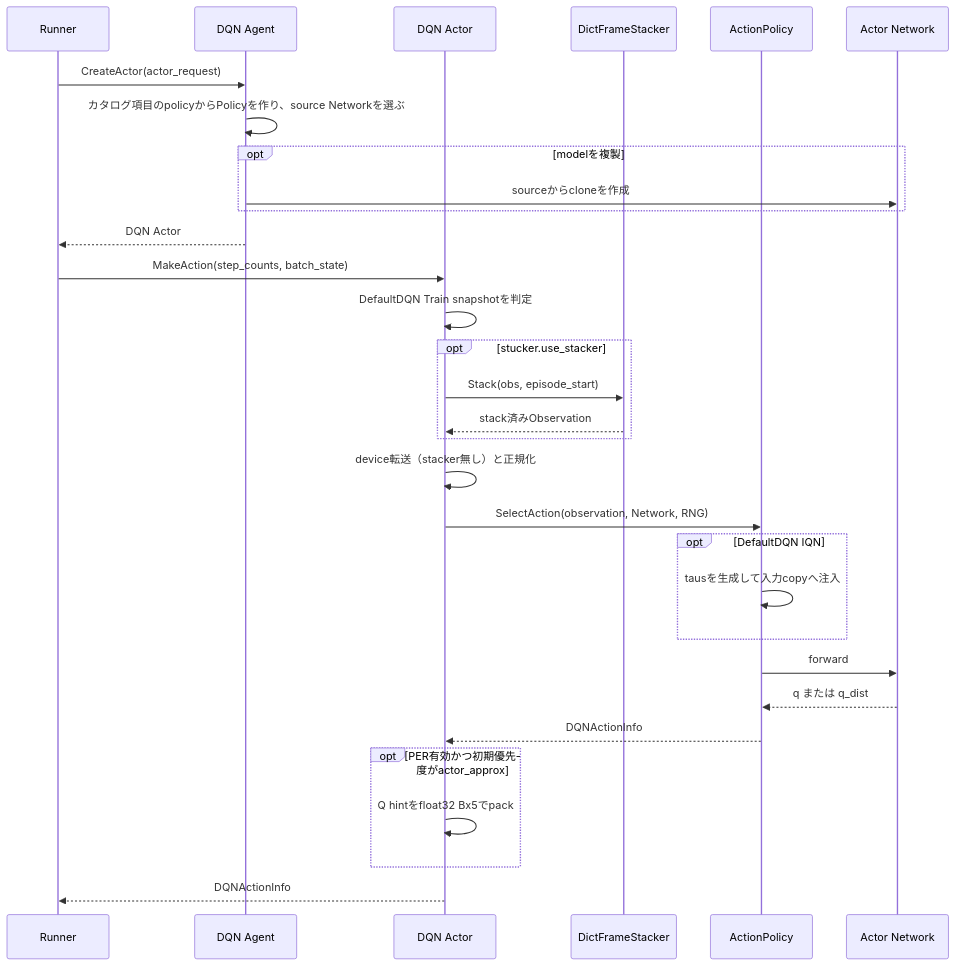
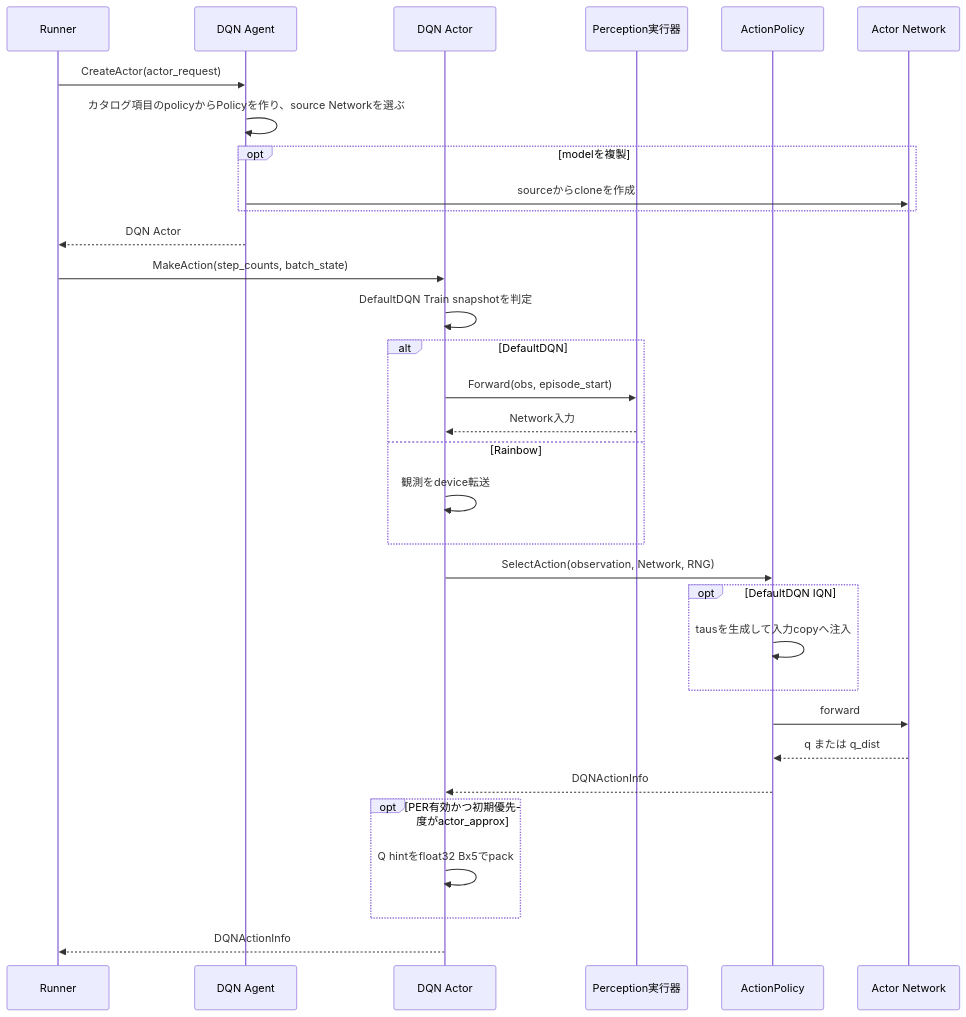
The ninth of 11 diagrams in docs/design/200_dqn_agents.jp.md (kazukin123/anet-lab), drawn with Mermaid before and after one commit. The commit also changed other lines of this file and 124 other files, not shown here.

````diff
--- a/docs/design/200_dqn_agents.jp.md
+++ b/docs/design/200_dqn_agents.jp.md
@@ -381,34 +381,35 @@
 ```mermaid
 sequenceDiagram
     participant R as Runner
     participant G as DQN Agent
     participant A as DQN Actor
-    participant S as DictFrameStacker
+    participant S as Perception実行器
     participant P as ActionPolicy
     participant N as Actor Network
 
     R->>G: CreateActor(actor_request)
     G->>G: カタログ項目のpolicyからPolicyを作り、source Networkを選ぶ
     opt modelを複製
         G->>N: sourceからcloneを作成
     end
     G-->>R: DQN Actor
     R->>A: MakeAction(step_counts, batch_state)
     A->>A: DefaultDQN Train snapshotを判定
-    opt stucker.use_stacker
-        A->>S: Stack(obs, episode_start)
-        S-->>A: stack済みObservation
+    alt DefaultDQN
+        A->>S: Forward(obs, episode_start)
+        S-->>A: Network入力
+    else Rainbow
+        A->>A: 観測をdevice転送
     end
-    A->>A: device転送（stacker無し）と正規化
     A->>P: SelectAction(observation, Network, RNG)
     opt DefaultDQN IQN
         P->>P: tausを生成して入力copyへ注入
     end
     P->>N: forward
     N-->>P: q または q_dist
     P-->>A: DQNActionInfo
     opt PER有効かつ初期優先度がactor_approx
         A->>A: Q hintをfloat32 Bx5でpack
     end
     A-->>R: DQNActionInfo
 ```
````
